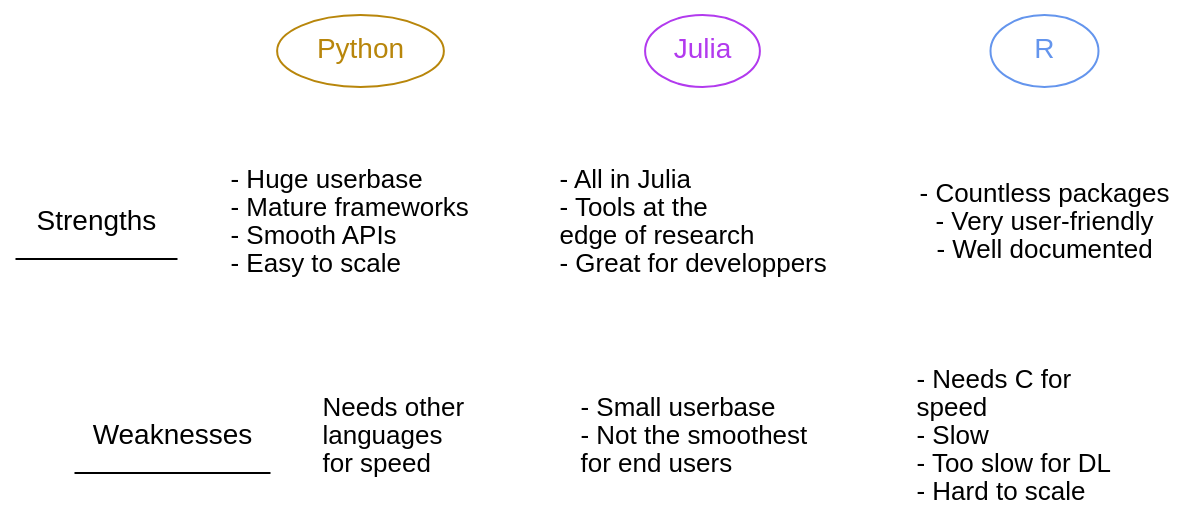
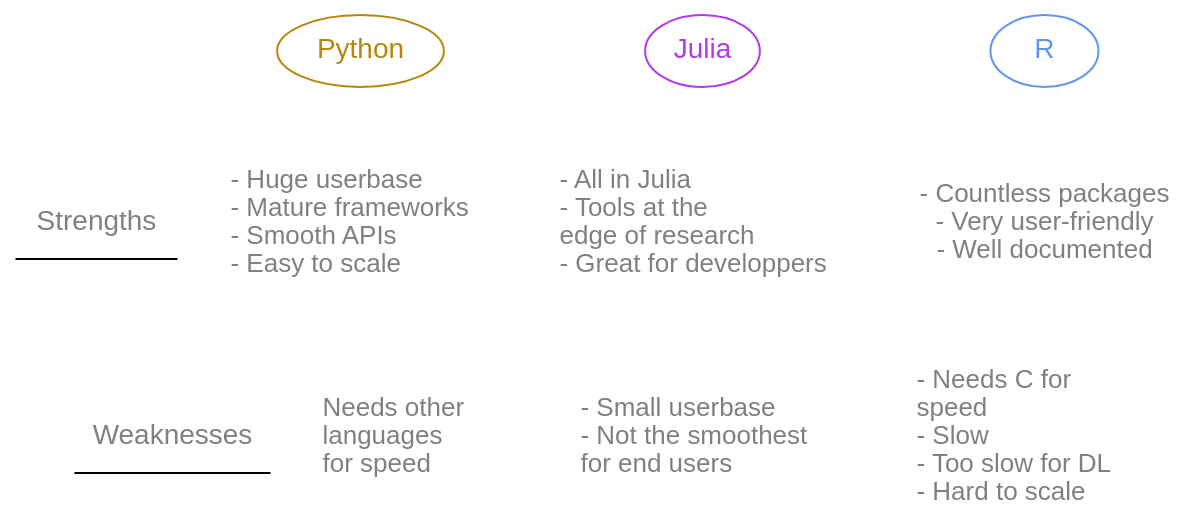
Before and after one commit to WestDRI/arc-training: diagram 19 of 24 in ai/wb_frameworks_content.qmd, drawn with Graphviz. The commit also changed other lines of this file, not shown here.

Commit message:
make frameworks content diagrams readable in dark mode

````diff
--- a/ai/wb_frameworks_content.qmd
+++ b/ai/wb_frameworks_content.qmd
@@ -1117,36 +1117,36 @@
 ```{dot}
 //| echo: false
 
 strict graph {
 
 bgcolor="transparent"
 graph [fontname="Inconsolata, sans-serif"]
-node [fontname="Inconsolata, sans-serif"]
+node [fontname="Inconsolata, sans-serif", fontcolor=grey]
 edge [style=invis]
 
 1 [label="- Huge userbase\l- Mature frameworks\l- Smooth APIs\l- Easy to scale\l", shape=plaintext, fontsize=13]
 2 [label="Needs other\llanguages\lfor speed\l", shape=plaintext, fontsize=13]
 3 [label="- All in Julia\l- Tools at the\ledge of research\l- Great for developpers\l", shape=plaintext, fontsize=13, URL="https://sciml.ai/"]
 4 [label="- Small userbase\l- Not the smoothest\lfor end users\l", shape=plaintext, fontsize=13]
 5 [label="- Countless packages\n- Very user-friendly\n- Well documented", shape=plaintext, fontsize=13]
 6 [label="- Needs C for\lspeed\l- Slow\l- Too slow for DL\l- Hard to scale\l", shape=plaintext, fontsize=13]
 
 Strengths [shape=underline]
 Weaknesses [shape=underline]
 
 Python [color=darkgoldenrod, fontcolor=darkgoldenrod, URL="https://www.python.org/"]
 Julia [color=darkorchid2, fontcolor=darkorchid2, URL="https://julialang.org/"]
 R [color=cornflowerblue, fontcolor=cornflowerblue, URL="https://www.r-project.org/"]
 
 {rank=same; Strengths 1 3 5}
 {rank=same; Weaknesses 2 4 6}
 
 Python -- 1 -- 2
 Julia -- 3 -- 4
 R -- 5 -- 6
 
 Strengths -- 1 -- 3 -- 5
 Weaknesses -- 2 -- 4 -- 6
 
 }
 ```
````
